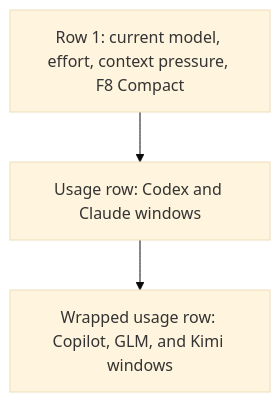
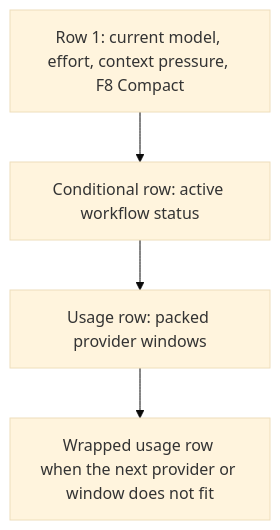
Before and after one commit to DrunkenDonkey80/ce-workflow: the first of 2 diagrams in docs/plans/2026-07-29-001-feat-multimodel-subscription-footer-plan.md, drawn with Mermaid (base theme). The commit also changed other lines of this file and 3 other files, not shown here.

````diff
--- a/docs/plans/2026-07-29-001-feat-multimodel-subscription-footer-plan.md
+++ b/docs/plans/2026-07-29-001-feat-multimodel-subscription-footer-plan.md
@@ -57,7 +57,8 @@
 ```mermaid
 flowchart TB
   L1[Row 1: current model, effort, context pressure, F8 Compact]
-  L2[Usage row: Codex and Claude windows]
-  L3[Wrapped usage row: Copilot, GLM, and Kimi windows]
-  L1 --> L2 --> L3
+  LW[Conditional row: active workflow status]
+  L2[Usage row: packed provider windows]
+  L3[Wrapped usage row when the next provider or window does not fit]
+  L1 --> LW --> L2 --> L3
 ```
````
